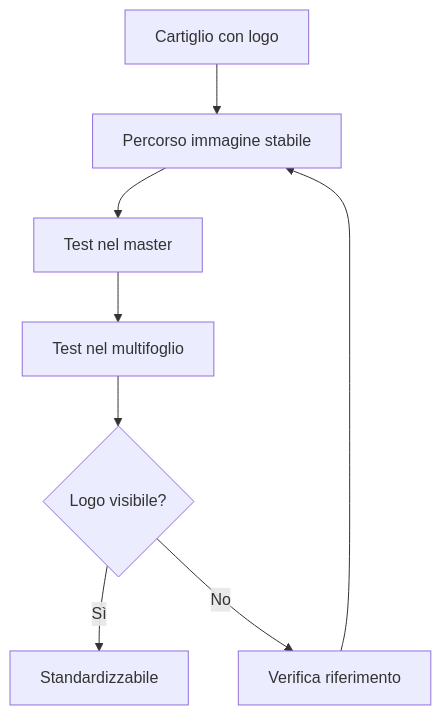
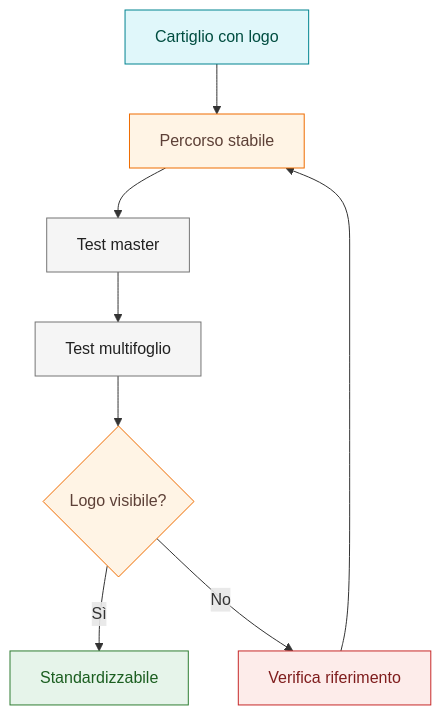
Before and after one commit to robertochello/spac-start-knowledge-base: the diagram in docs/playbooks/titleblock-logo-workflow.md, drawn with Mermaid. The commit also changed 27 other files, not shown here.

Commit message:
docs: standardize diagrams and visual cues

````diff
--- a/docs/playbooks/titleblock-logo-workflow.md
+++ b/docs/playbooks/titleblock-logo-workflow.md
@@ -18,10 +18,16 @@
 ```mermaid
 flowchart TD
-    A[Cartiglio con logo] --> B[Percorso immagine stabile]
-    B --> C[Test nel master]
-    C --> D[Test nel multifoglio]
-    D --> E{Logo visibile?}
-    E -->|Sì| F[Standardizzabile]
-    E -->|No| G[Verifica riferimento]
+    A[Cartiglio con logo]:::data --> B[Percorso stabile]:::warn
+    B --> C[Test master]:::process
+    C --> D[Test multifoglio]:::process
+    D --> E{Logo visibile?}:::warn
+    E -->|Sì| F[Standardizzabile]:::ok
+    E -->|No| G[Verifica riferimento]:::danger
     G --> B
+
+    classDef ok fill:#e6f4ea,stroke:#2e7d32,color:#1b5e20;
+    classDef warn fill:#fff4e5,stroke:#ef6c00,color:#5d4037;
+    classDef danger fill:#fdecea,stroke:#c62828,color:#7f1d1d;
+    classDef data fill:#e0f7fa,stroke:#00838f,color:#004d40;
+    classDef process fill:#f5f5f5,stroke:#757575,color:#212121;
 ```
````
